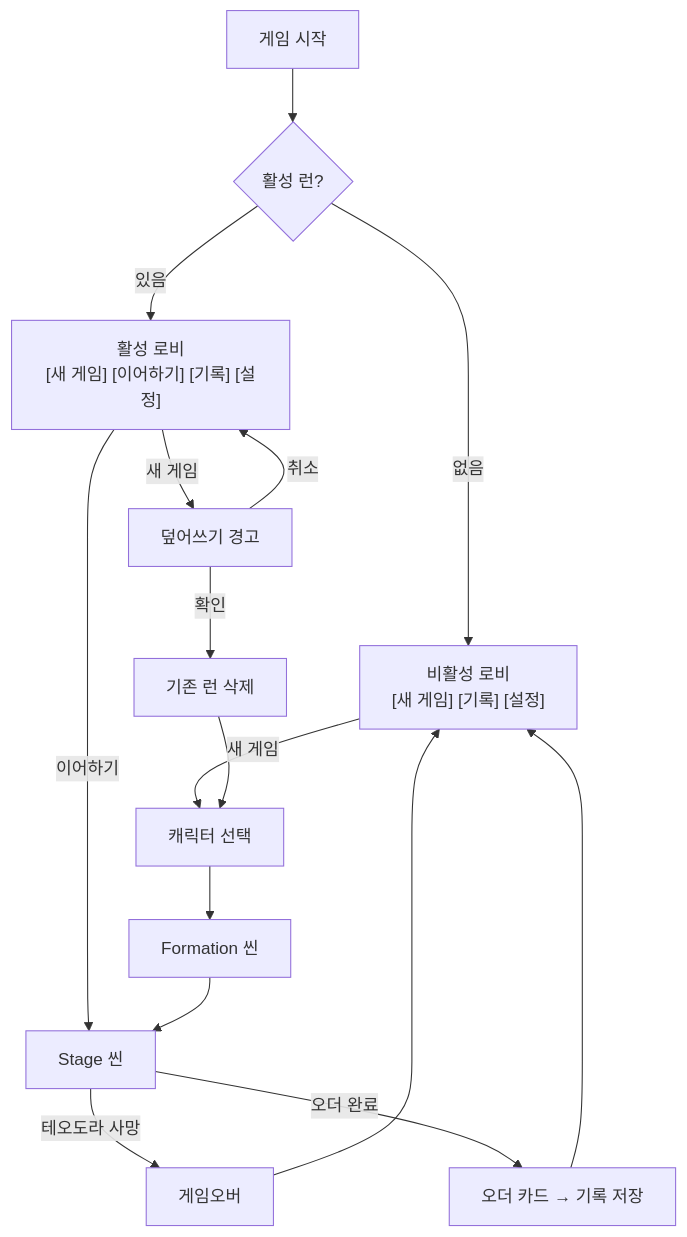
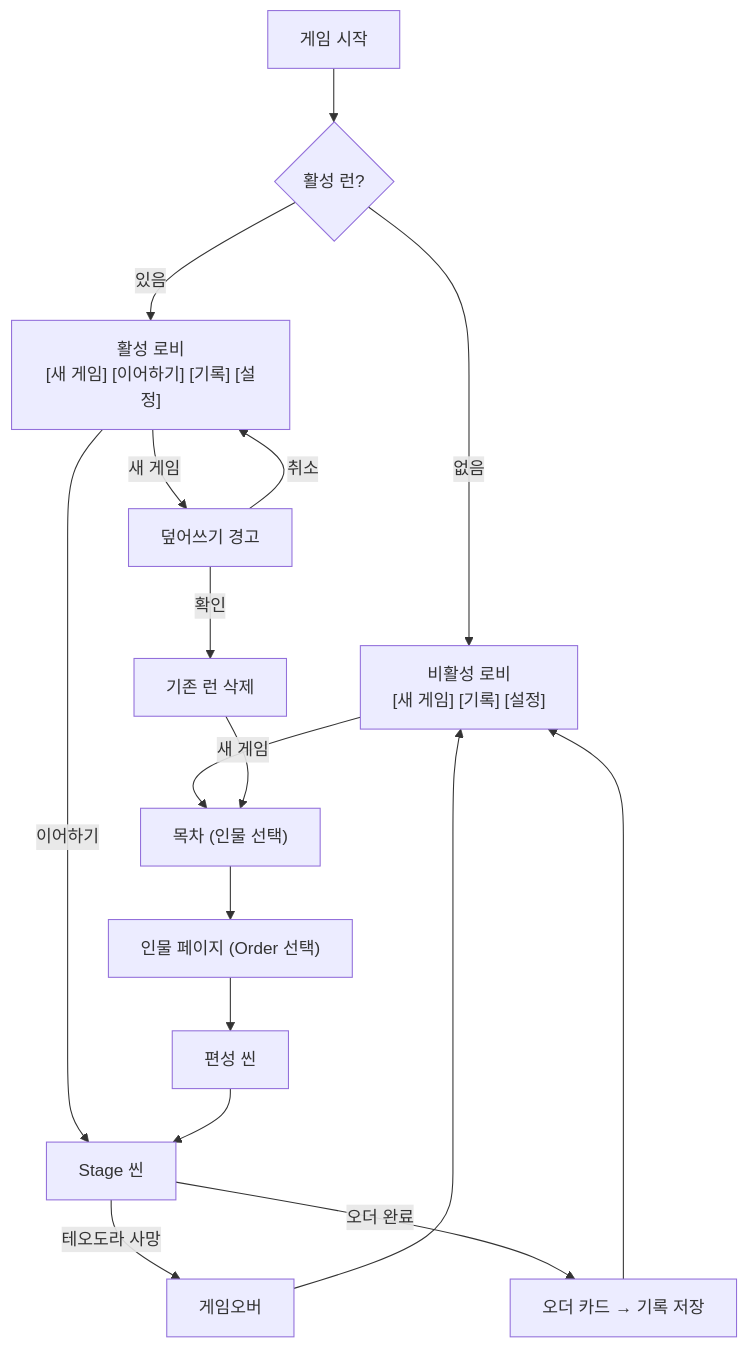
Before and after one commit to roam1215-beep/Chronicle-wiki: the diagram in 04_메타/로비.md, drawn with Mermaid. The commit also changed other lines of this file and 2 other files, not shown here.

````diff
--- a/04_메타/로비.md
+++ b/04_메타/로비.md
@@ -58,18 +58,19 @@
 ```mermaid
 flowchart TD
     START["게임 시작"] --> CHECK{"활성 런?"}
     CHECK -->|없음| INACTIVE["비활성 로비\n[새 게임] [기록] [설정]"]
     CHECK -->|있음| ACTIVE["활성 로비\n[새 게임] [이어하기] [기록] [설정]"]
     
-    INACTIVE -->|새 게임| CHAR["캐릭터 선택"]
+    INACTIVE -->|새 게임| TOC["목차 (인물 선택)"]
     ACTIVE -->|이어하기| STAGE["Stage 씬"]
     ACTIVE -->|새 게임| WARN["덮어쓰기 경고"]
-    WARN -->|확인| DEL["기존 런 삭제"] --> CHAR
+    WARN -->|확인| DEL["기존 런 삭제"] --> TOC
     WARN -->|취소| ACTIVE
     
-    CHAR --> FORMATION["Formation 씬"]
+    TOC --> CHARPAGE["인물 페이지 (Order 선택)"]
+    CHARPAGE --> FORMATION["편성 씬"]
     FORMATION --> STAGE
     
     STAGE -->|테오도라 사망| GAMEOVER["게임오버"] --> INACTIVE
     STAGE -->|오더 완료| RECORD["오더 카드 → 기록 저장"] --> INACTIVE
 ```
````
